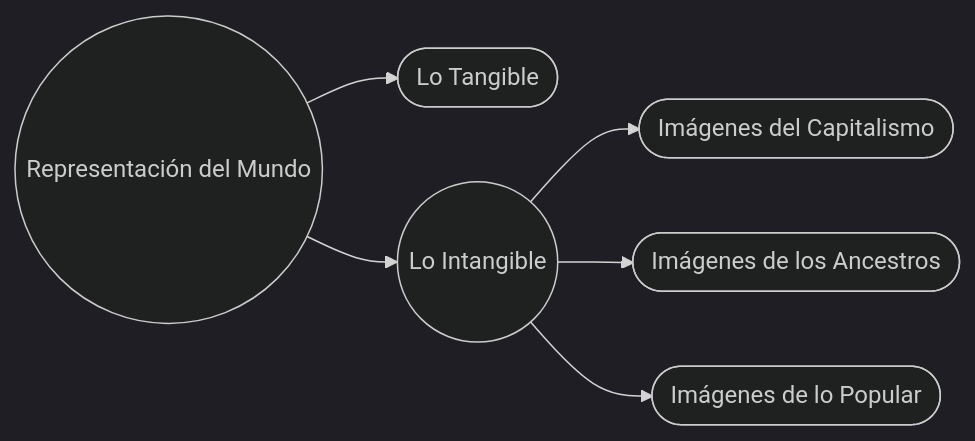
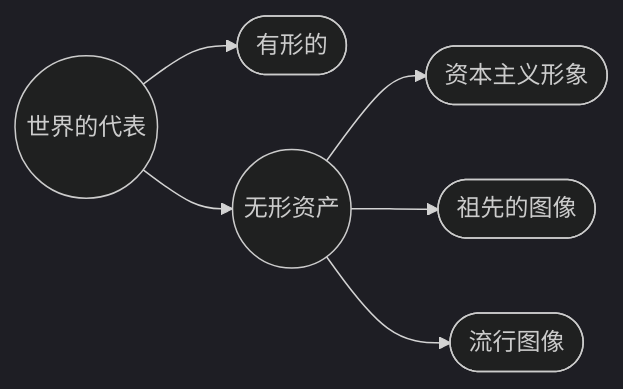
One commit to EGGS-Artesvisuales/EGGS-Artesvisuales.github.io changed the third of 3 diagrams in CHN/mundo-exterior.md. Above: the diagram before and after it, drawn with Mermaid (dark theme). The commit also changed other lines of this file and 43 other files, not shown here.

```diff
--- a/CHN/mundo-exterior.md
+++ b/CHN/mundo-exterior.md
@@ -125,20 +125,20 @@
 <div class="mermaid">
 flowchart LR
-  representacion((Representación del Mundo))
-  tangible(["Lo Tangible"])
-  intangible(("Lo Intangible"))
+  representacion((世界的代表))
+  tangible(["有形的"])
+  intangible(("无形资产"))
 
   representacion --> tangible
   representacion --> intangible
 
-  intangible --> capitalismo(["Imágenes del Capitalismo"])
-  intangible --> ancestros(["Imágenes de los Ancestros"])
-  intangible --> popular(["Imágenes de lo Popular"])
+  intangible --> capitalismo(["资本主义形象"])
+  intangible --> ancestros(["祖先的图像"])
+  intangible --> popular(["流行图像"])
 
-  click representacion "/CHN/mundo-exterior.html" "Ir a Representación del Mundo"
-  click tangible "/CHN/tangible.html" "Ir a Lo Tangible"
-  click intangible "/CHN/intangible.html" "Ir a Lo Intangible"
-  click capitalismo "/CHN/imagenes-capitalismo.html" "Ir a Imágenes del Capitalismo"
-  click ancestros "/CHN/imagenes-ancestros.html" "Ir a Imágenes de los Ancestros"
-  click popular "/CHN/imagenes-popular.html" "Ir a Imágenes de lo Popular"
+  click representacion "/CHN/mundo-exterior.html" "前往世界代表"
+  click tangible "/CHN/tangible.html" "走向有形"
+  click intangible "/CHN/intangible.html" "走向无形"
+  click capitalismo "/CHN/imagenes-capitalismo.html" "前往资本主义形象"
+  click ancestros "/CHN/imagenes-ancestros.html" "前往祖先画像"
+  click popular "/CHN/imagenes-popular.html" "前往热门图片"
 </div>
```
